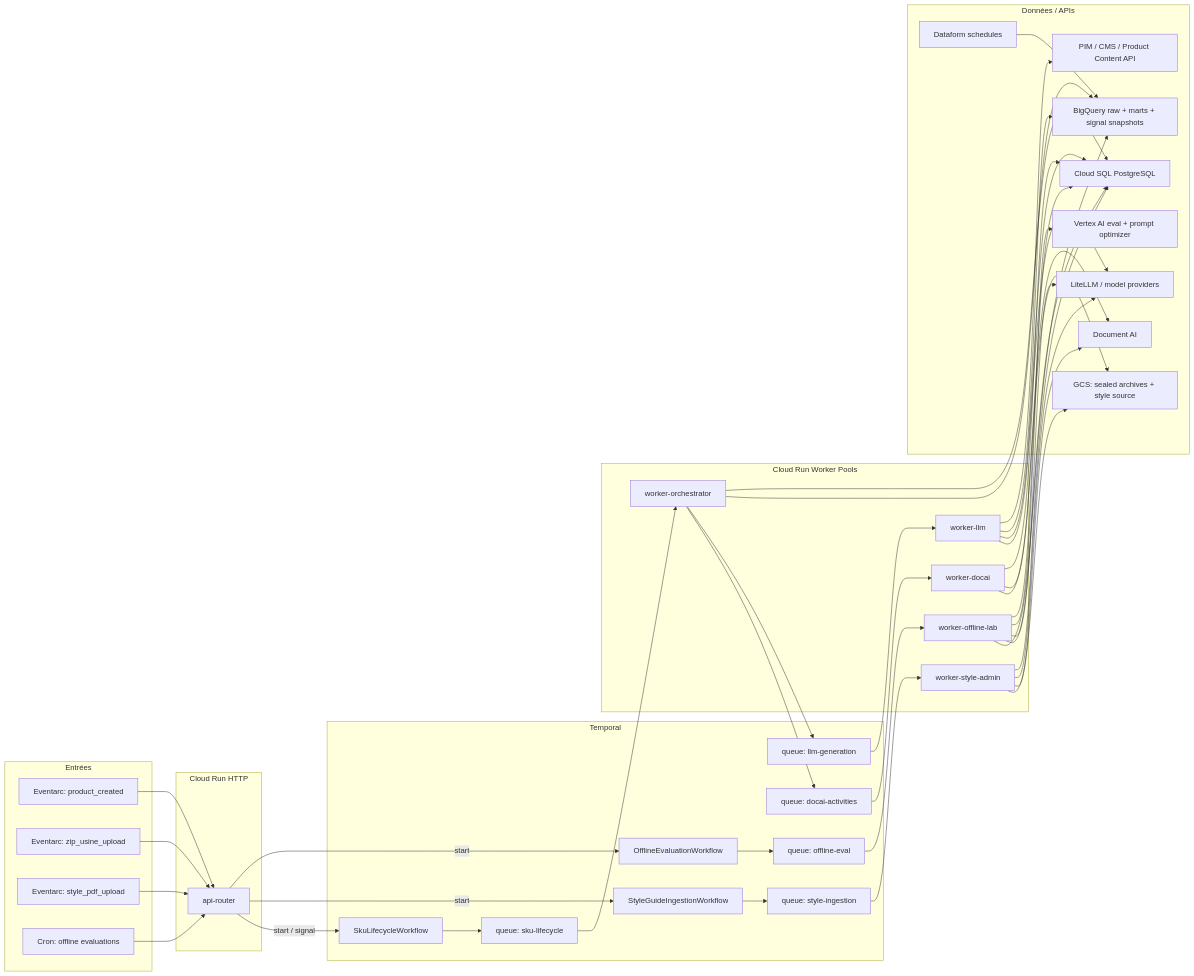
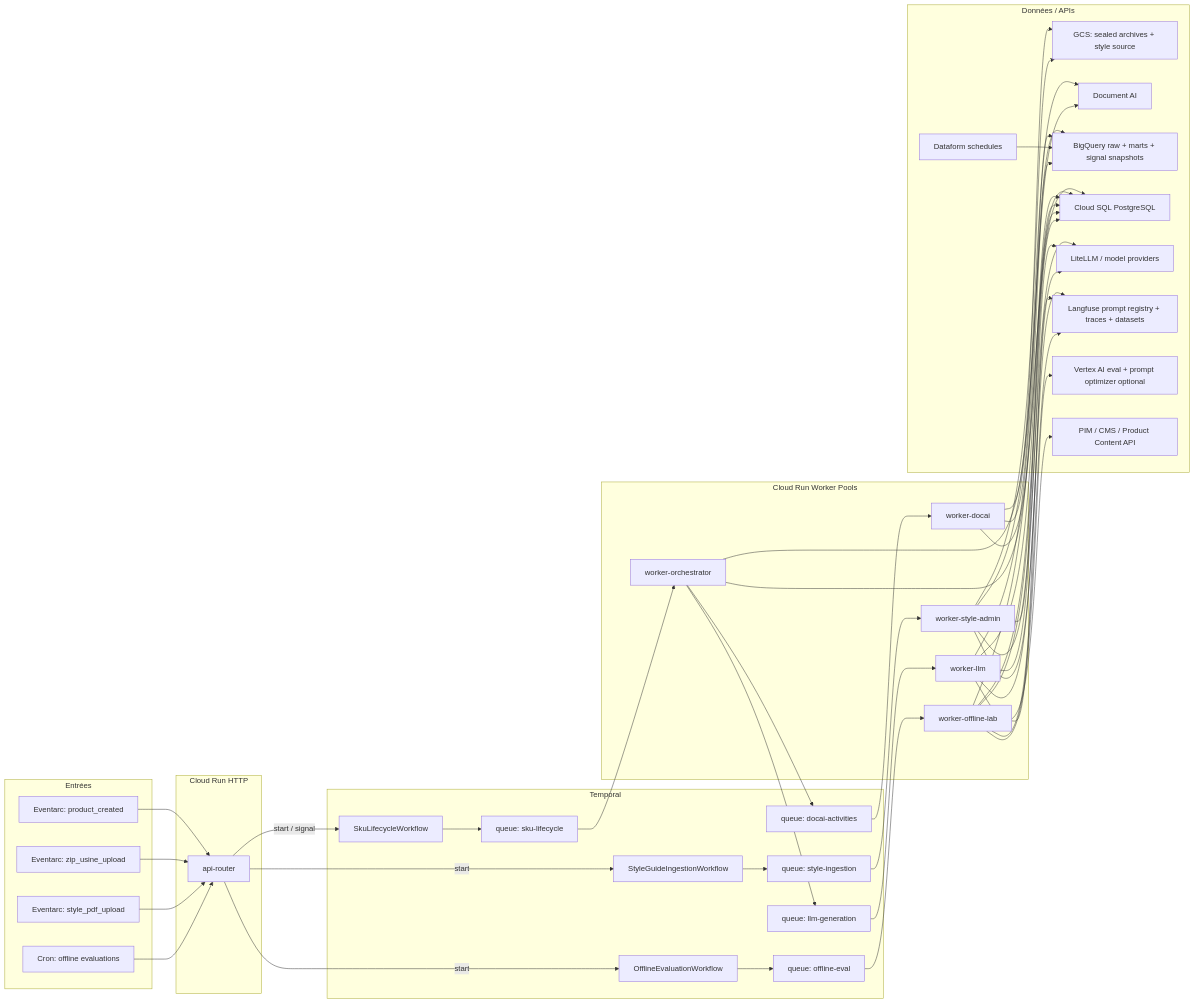
Before and after one commit to floriansollami/factory-writer: the second of 5 diagrams in docs/ARCHITECTURE_SOTA_2026.md, drawn with Mermaid. The commit also changed other lines of this file and 97 other files, not shown here.

````diff
--- a/docs/ARCHITECTURE_SOTA_2026.md
+++ b/docs/ARCHITECTURE_SOTA_2026.md
@@ -102,7 +174,8 @@
         DF["Dataform schedules"]
         PG["Cloud SQL PostgreSQL"]
         LLM["LiteLLM / model providers"]
-        VX["Vertex AI eval + prompt optimizer"]
+        LF["Langfuse prompt registry + traces + datasets"]
+        VX["Vertex AI eval + prompt optimizer optional"]
         CMS["PIM / CMS / Product Content API"]
     end
 
@@ -130,6 +203,7 @@
     W1 --> PG
 
     W3 --> LLM
+    W3 --> LF
     W3 --> PG
     W3 --> BQ
     W3 --> CMS
@@ -137,12 +211,14 @@
     W4 --> GCS
     W4 --> DOC
     W4 --> LLM
+    W4 --> LF
     W4 --> PG
 
     DF --> BQ
     W5 --> BQ
     W5 --> PG
     W5 --> LLM
+    W5 --> LF
     W5 --> VX
     W5 --> PG
 ```
````
